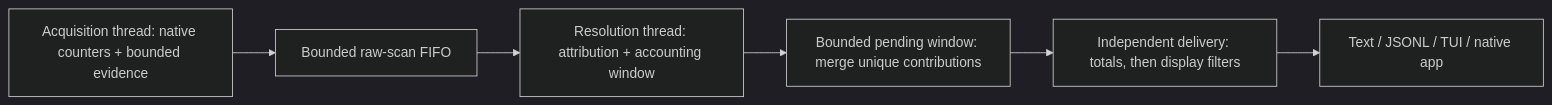
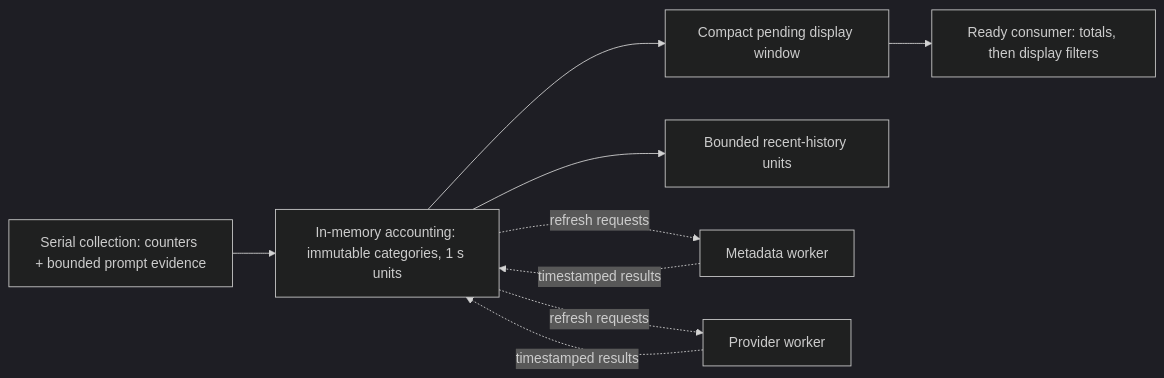
Before and after one commit to mbackschat/agent-monitor: the first of 2 diagrams in docs/architecture.md, drawn with Mermaid (dark theme). The commit also changed other lines of this file and 74 other files, not shown here.

````diff
--- a/docs/architecture.md
+++ b/docs/architecture.md
@@ -113,8 +122,11 @@
 ```mermaid
 flowchart LR
-    A["Acquisition thread: native counters + bounded evidence"] --> B["Bounded raw-scan FIFO"]
-    B --> C["Resolution thread: attribution + accounting window"]
-    C --> D["Bounded pending window: merge unique contributions"]
-    D --> E["Independent delivery: totals, then display filters"]
-    E --> F["Text / JSONL / TUI / native app"]
+    A["Serial collection: counters + bounded prompt evidence"] --> C["In-memory accounting: immutable categories, 1 s units"]
+    C --> D["Compact pending display window"]
+    D --> E["Ready consumer: totals, then display filters"]
+    C --> H["Bounded recent-history units"]
+    C -. refresh requests .-> M["Metadata worker"]
+    C -. refresh requests .-> P["Provider worker"]
+    M -. timestamped results .-> C
+    P -. timestamped results .-> C
 ```
````
